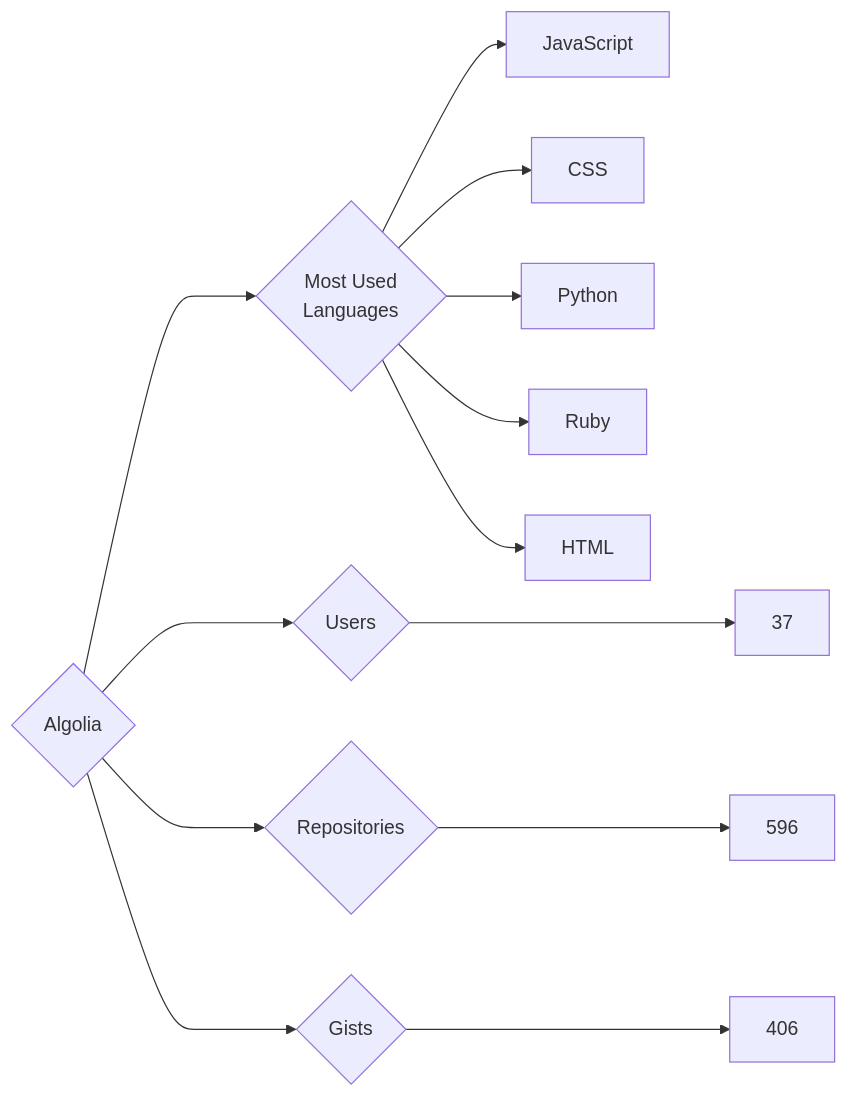
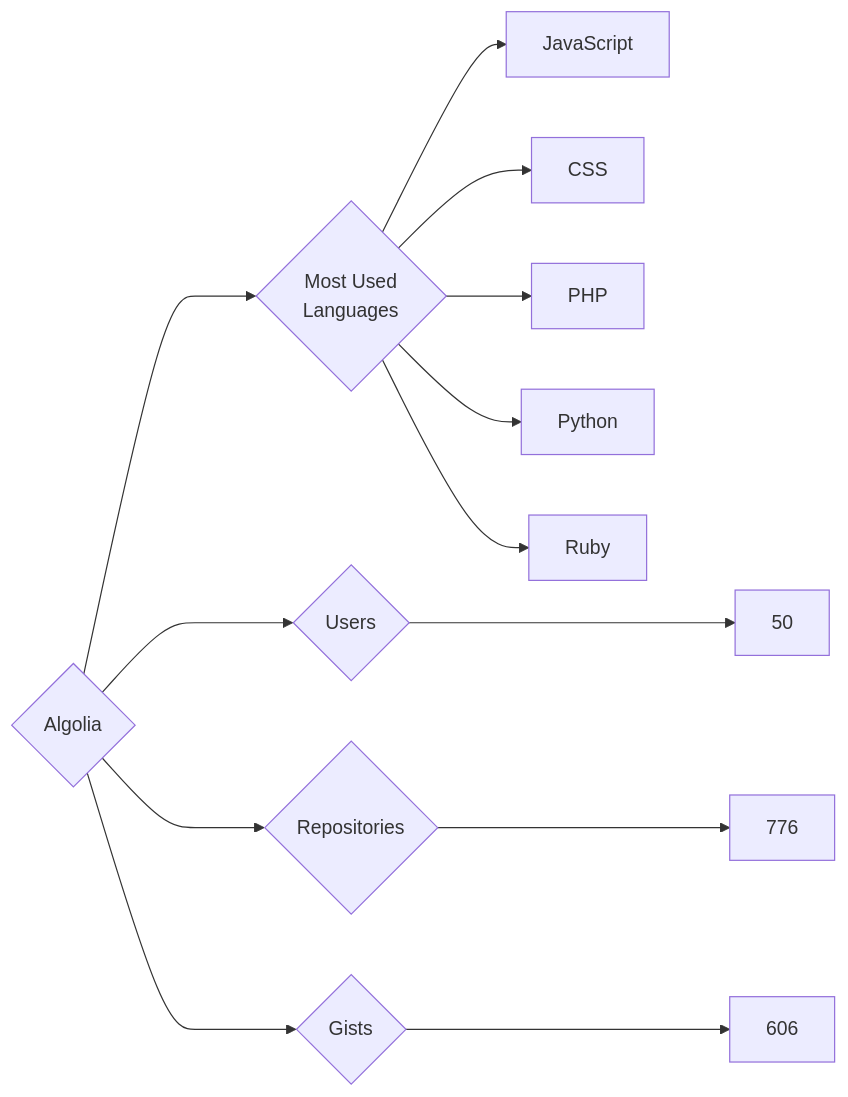
One commit to trickest/insiders changed the diagram in targets/Algolia/README.md. Above: the diagram before and after it, drawn with Mermaid. The commit also changed 814 other files, not shown here.

````diff
--- a/targets/Algolia/README.md
+++ b/targets/Algolia/README.md
@@ -3,13 +3,13 @@
 ```mermaid
 graph LR
 COMPANY_NAME{Algolia}
-COMPANY_NAME ---> U{Users} ---> UN[37]
-COMPANY_NAME ---> R{Repositories} ---> RN[596]
-COMPANY_NAME ---> G{Gists} ---> GN[406]
+COMPANY_NAME ---> U{Users} ---> UN[50]
+COMPANY_NAME ---> R{Repositories} ---> RN[776]
+COMPANY_NAME ---> G{Gists} ---> GN[606]
 COMPANY_NAME ---> ML{Most Used<br>Languages}
 ML --> JavaScript[JavaScript]
 ML --> CSS[CSS]
+ML --> PHP[PHP]
 ML --> Python[Python]
 ML --> Ruby[Ruby]
-ML --> HTML[HTML]
 ```
````
